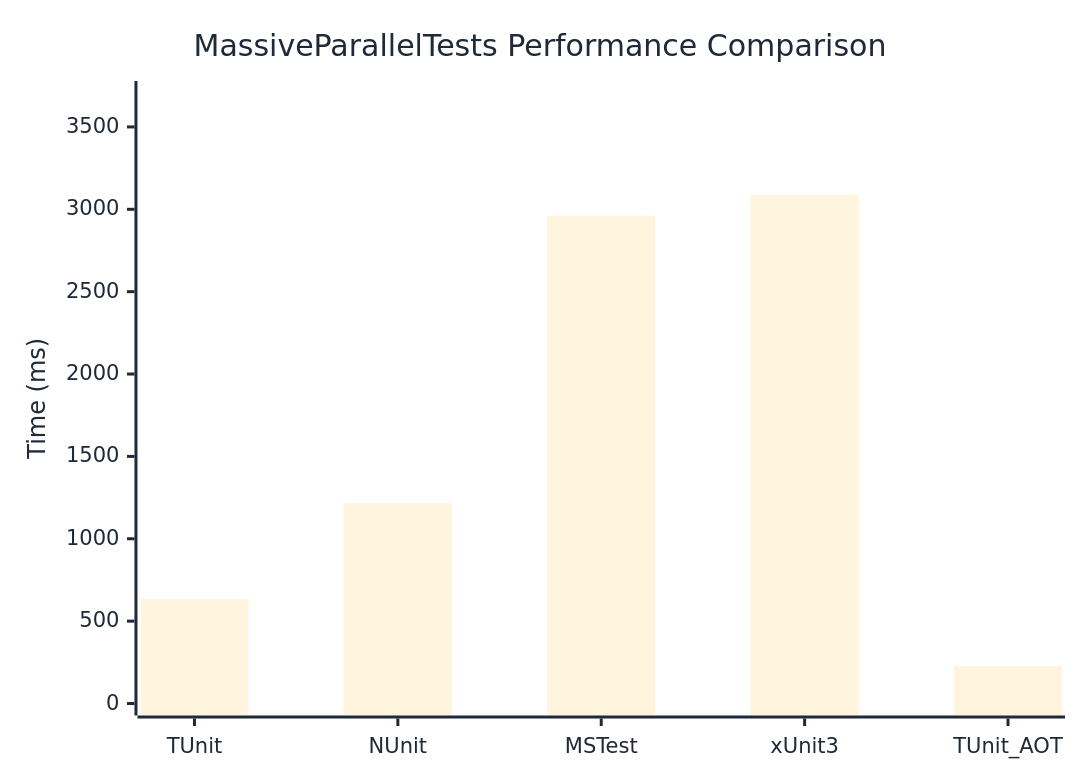
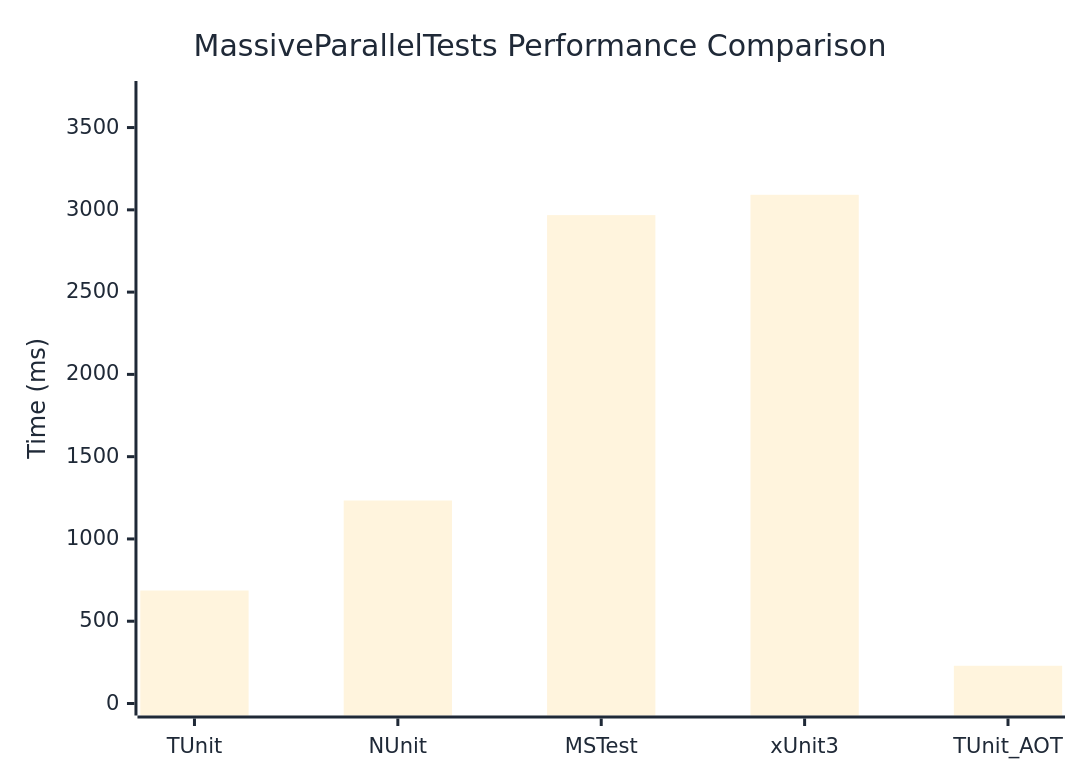
The diagram in docs/docs/benchmarks/MassiveParallelTests.md (thomhurst/TUnit), drawn with Mermaid before and after one commit. The commit also changed other lines of this file and 17 other files, not shown here.

````diff
--- a/docs/docs/benchmarks/MassiveParallelTests.md
+++ b/docs/docs/benchmarks/MassiveParallelTests.md
@@ -27,37 +27,37 @@
 ```mermaid
 %%{init: {
   'theme':'base',
   'themeVariables': {
     'primaryColor': '#2563eb',
     'primaryTextColor': '#1f2937',
     'primaryBorderColor': '#1e40af',
     'lineColor': '#6b7280',
     'secondaryColor': '#7c3aed',
     'tertiaryColor': '#dc2626',
     'background': '#ffffff',
     'mainBkg': '#2563eb',
     'secondBkg': '#7c3aed',
     'tertiaryBkg': '#dc2626',
     'clusterBkg': '#f3f4f6',
     'edgeLabelBackground': '#ffffff',
     'tertiaryTextColor': '#1f2937',
     'pie1': '#2563eb',
     'pie2': '#7c3aed',
     'pie3': '#dc2626',
     'pie4': '#f59e0b',
     'pie5': '#10b981',
     'pie6': '#06b6d4',
     'pie7': '#ec4899',
     'pie8': '#6366f1',
     'pie9': '#84cc16',
     'pie10': '#f97316',
     'pie11': '#14b8a6',
     'pie12': '#a855f7'
   }
 }}%%
 xychart-beta
   title "MassiveParallelTests Performance Comparison"
   x-axis ["TUnit", "NUnit", "MSTest", "xUnit3", "TUnit_AOT"]
-  y-axis "Time (ms)" 0 --> 3706
-  bar [632.7, 1215.6, 2960.9, 3088, 227.2]
+  y-axis "Time (ms)" 0 --> 3710
+  bar [686.6, 1233.6, 2967.9, 3091.4, 229.3]
 ```
````
